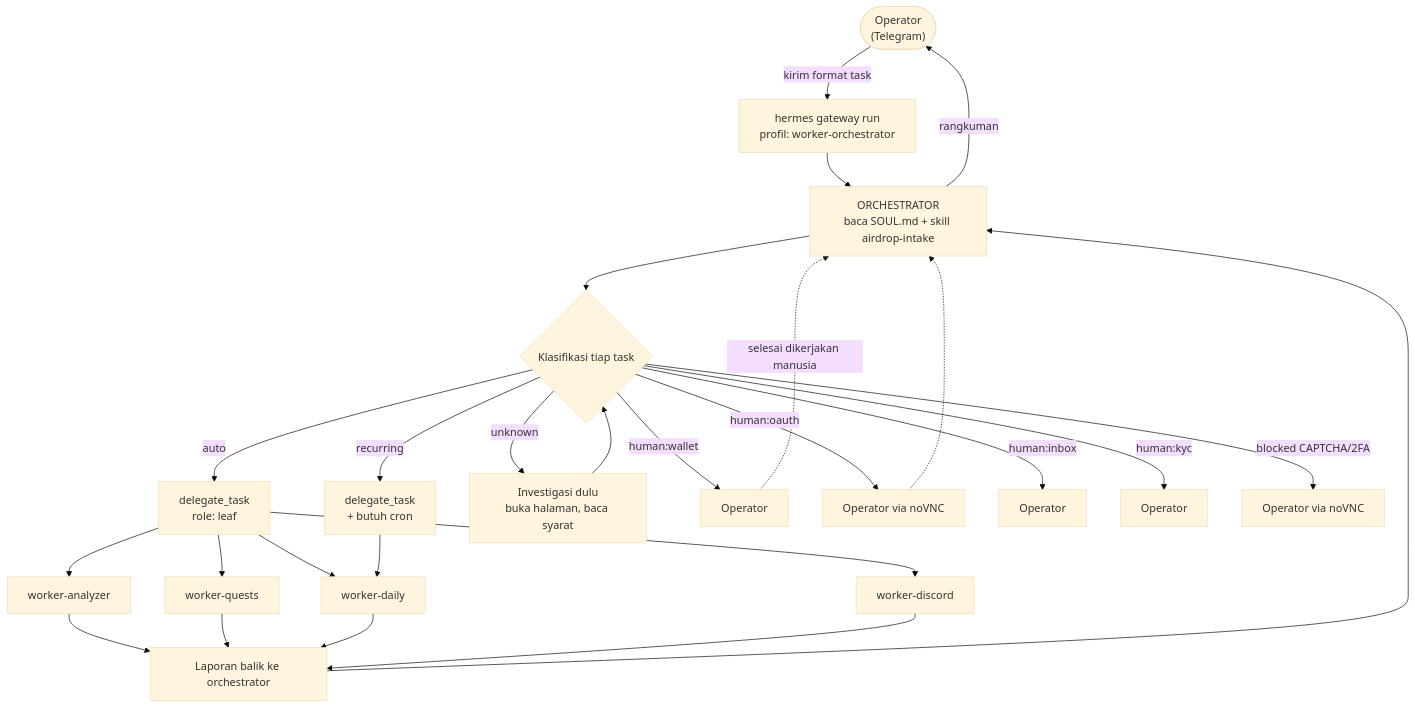
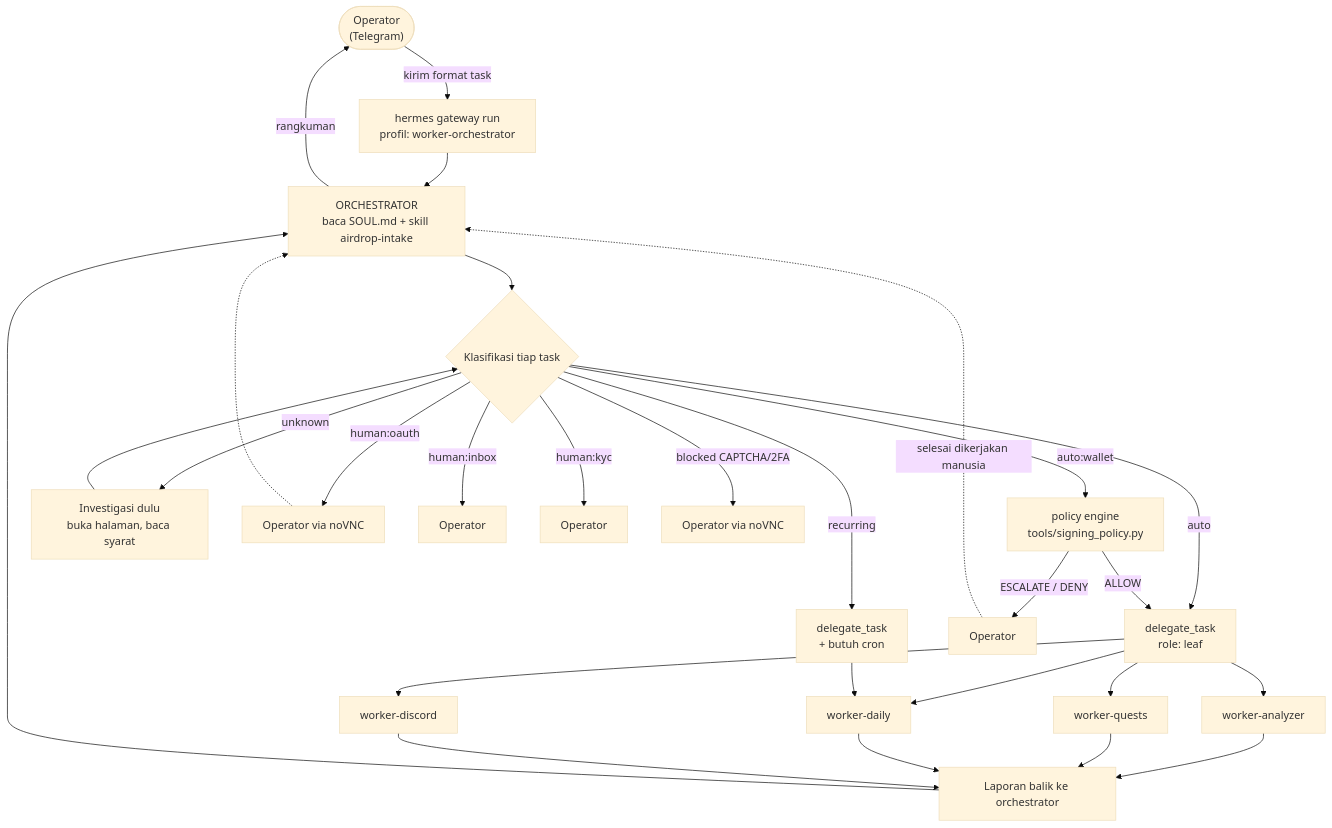
One commit to Scryptexai/AgentDrop changed the first of 6 diagrams in docs/arsitektur-alur.md. Above: the diagram before and after it, drawn with Mermaid (base theme). The commit also changed other lines of this file and 8 other files, not shown here.

First line of the commit message:
Operator decisions: full wallet autonomy, cron to Telegram, per-profile skills

````diff
--- a/docs/arsitektur-alur.md
+++ b/docs/arsitektur-alur.md
@@ -18,34 +18,36 @@
 ```mermaid
 flowchart TD
     U(["Operator<br/>(Telegram)"]) -->|"kirim format task"| GW["hermes gateway run<br/>profil: worker-orchestrator"]
     GW --> ORC["ORCHESTRATOR<br/>baca SOUL.md + skill airdrop-intake"]
 
     ORC --> K{"Klasifikasi tiap task"}
 
     K -->|auto| D1["delegate_task<br/>role: leaf"]
     K -->|recurring| D2["delegate_task<br/>+ butuh cron"]
+    K -->|"auto:wallet"| PW["policy engine<br/>tools/signing_policy.py"]
+    PW -->|ALLOW| D1
+    PW -->|"ESCALATE / DENY"| H1["Operator"]
     K -->|unknown| INV["Investigasi dulu<br/>buka halaman, baca syarat"]
     INV --> K
 
-    K -->|human:wallet| H1["Operator"]
     K -->|human:oauth| H2["Operator via noVNC"]
     K -->|human:inbox| H3["Operator"]
     K -->|human:kyc| H4["Operator"]
     K -->|blocked CAPTCHA/2FA| H5["Operator via noVNC"]
 
     D1 --> WA["worker-analyzer"]
     D1 --> WQ["worker-quests"]
     D1 --> WD["worker-daily"]
     D1 --> WDC["worker-discord"]
     D2 --> WD
 
     WA --> R["Laporan balik ke orchestrator"]
     WQ --> R
     WD --> R
     WDC --> R
     R --> ORC
     ORC -->|"rangkuman"| U
 
     H1 -.->|"selesai dikerjakan manusia"| ORC
     H2 -.-> ORC
 ```
````
